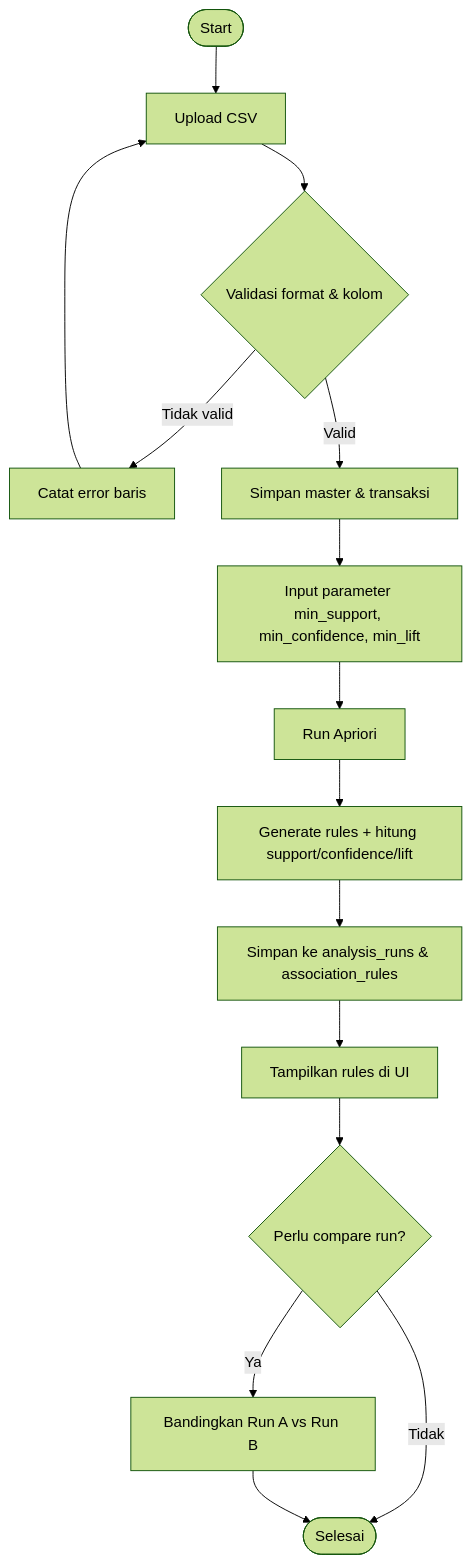
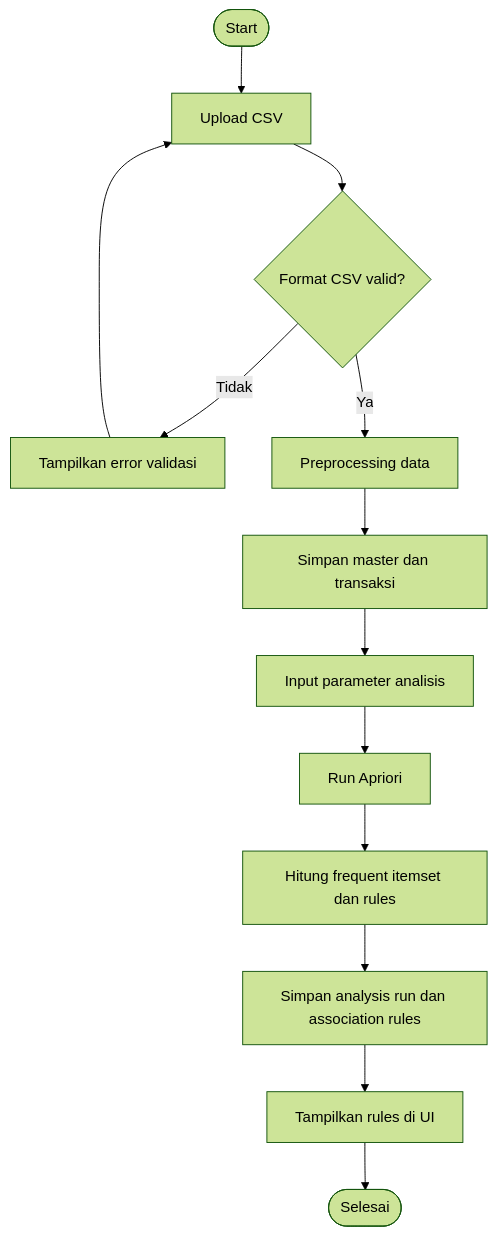
Before and after one commit to aldamadz/algoritma-apriori: the fourth of 9 diagrams in frontend/public/docs/diagram_skripsi.md, drawn with Mermaid (forest theme). The commit also changed other lines of this file and 55 other files, not shown here.

````diff
--- a/frontend/public/docs/diagram_skripsi.md
+++ b/frontend/public/docs/diagram_skripsi.md
@@ -107,17 +108,15 @@
 ```mermaid
 flowchart TD
   S([Start]) --> U[Upload CSV]
-  U --> V{Validasi format & kolom}
-  V -- Tidak valid --> E1[Catat error baris]
-  E1 --> U
-  V -- Valid --> M[Simpan master & transaksi]
-  M --> P[Input parameter min_support, min_confidence, min_lift]
-  P --> R[Run Apriori]
-  R --> G[Generate rules + hitung support/confidence/lift]
-  G --> D[Simpan ke analysis_runs & association_rules]
+  U --> V{Format CSV valid?}
+  V -- Tidak --> E[Tampilkan error validasi]
+  E --> U
+  V -- Ya --> P[Preprocessing data]
+  P --> M[Simpan master dan transaksi]
+  M --> A[Input parameter analisis]
+  A --> R[Run Apriori]
+  R --> G[Hitung frequent itemset dan rules]
+  G --> D[Simpan analysis run dan association rules]
   D --> T[Tampilkan rules di UI]
-  T --> C{Perlu compare run?}
-  C -- Ya --> K[Bandingkan Run A vs Run B]
-  C -- Tidak --> X([Selesai])
-  K --> X
+  T --> X([Selesai])
 ```
````
